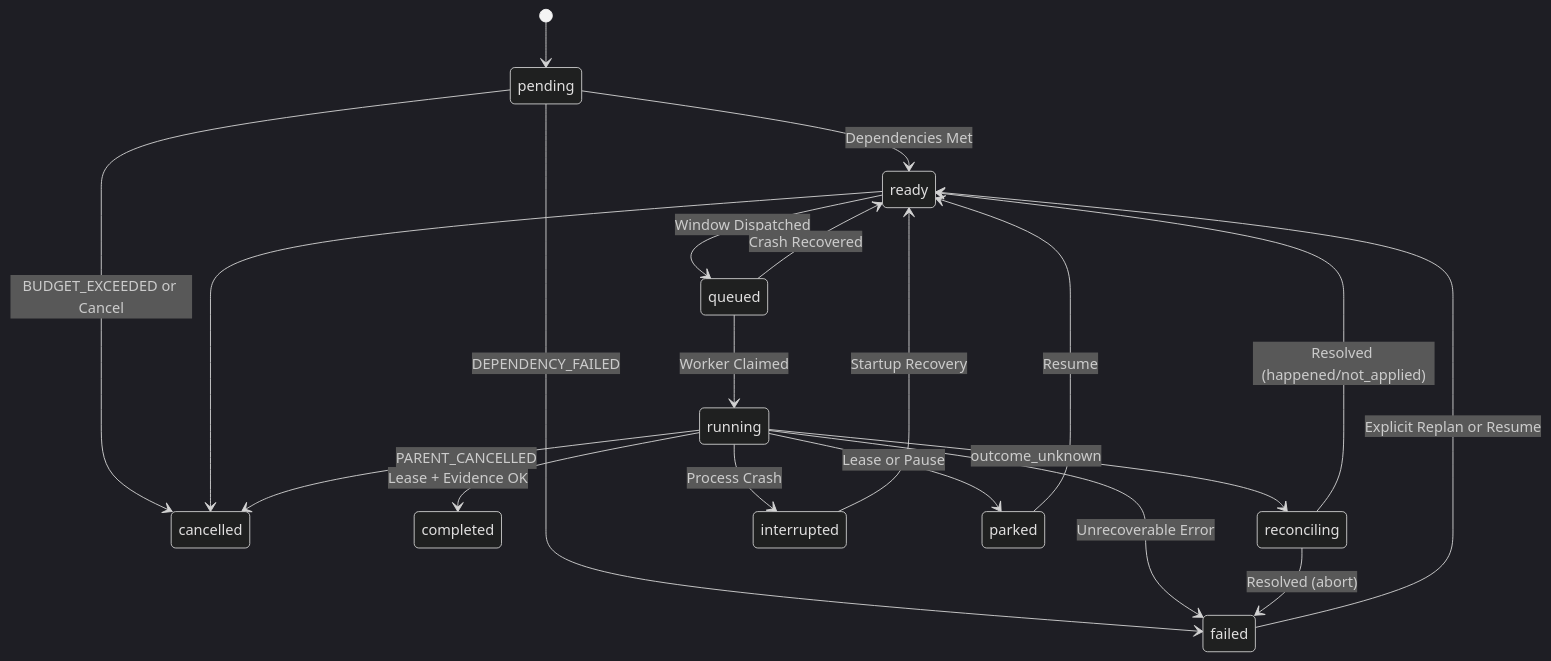
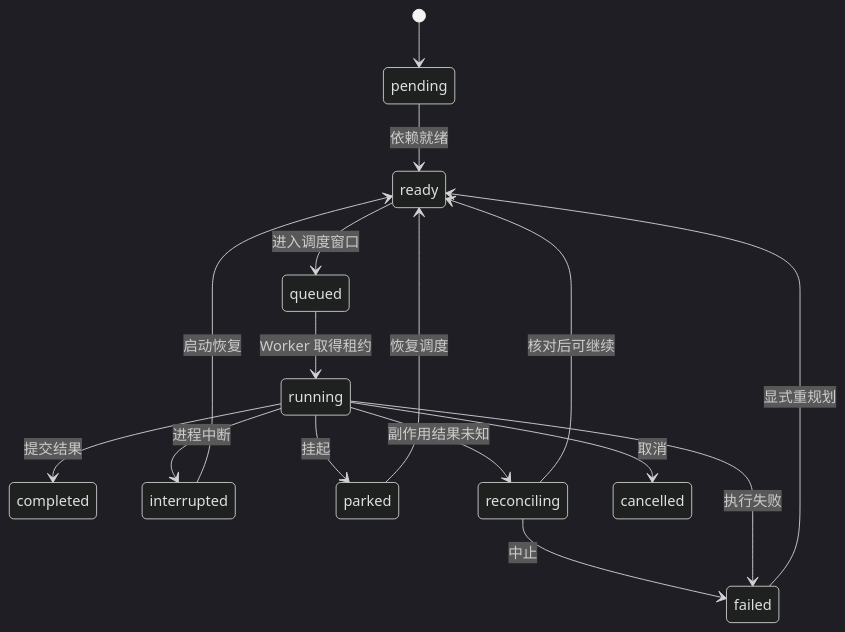
Before and after one commit to Eternite-0/Agent_US: the diagram in backend/docs/architecture.md, drawn with Mermaid (dark theme). The commit also changed other lines of this file and 3 other files, not shown here.

Commit message:
docs: reconstruct Agent_US 2.3 architecture and README

````diff
--- a/backend/docs/architecture.md
+++ b/backend/docs/architecture.md
@@ -53,22 +44,18 @@
 ```mermaid
 stateDiagram-v2
-  [*] --> pending
-  pending --> ready: Dependencies Met
-  pending --> failed: DEPENDENCY_FAILED
-  pending --> cancelled: BUDGET_EXCEEDED or Cancel
-  ready --> queued: Window Dispatched
-  ready --> cancelled
-  queued --> running: Worker Claimed
-  queued --> ready: Crash Recovered
-  running --> completed: Lease + Evidence OK
-  running --> reconciling: outcome_unknown
-  running --> interrupted: Process Crash
-  running --> parked: Lease or Pause
-  running --> failed: Unrecoverable Error
-  running --> cancelled: PARENT_CANCELLED
-  interrupted --> ready: Startup Recovery
-  parked --> ready: Resume
-  reconciling --> ready: Resolved (happened/not_applied)
-  reconciling --> failed: Resolved (abort)
-  failed --> ready: Explicit Replan or Resume
+    [*] --> pending
+    pending --> ready: 依赖就绪
+    ready --> queued: 进入调度窗口
+    queued --> running: Worker 取得租约
+    running --> completed: 提交结果
+    running --> interrupted: 进程中断
+    interrupted --> ready: 启动恢复
+    running --> parked: 挂起
+    parked --> ready: 恢复调度
+    running --> reconciling: 副作用结果未知
+    reconciling --> ready: 核对后可继续
+    reconciling --> failed: 中止
+    running --> failed: 执行失败
+    running --> cancelled: 取消
+    failed --> ready: 显式重规划
 ```
````
